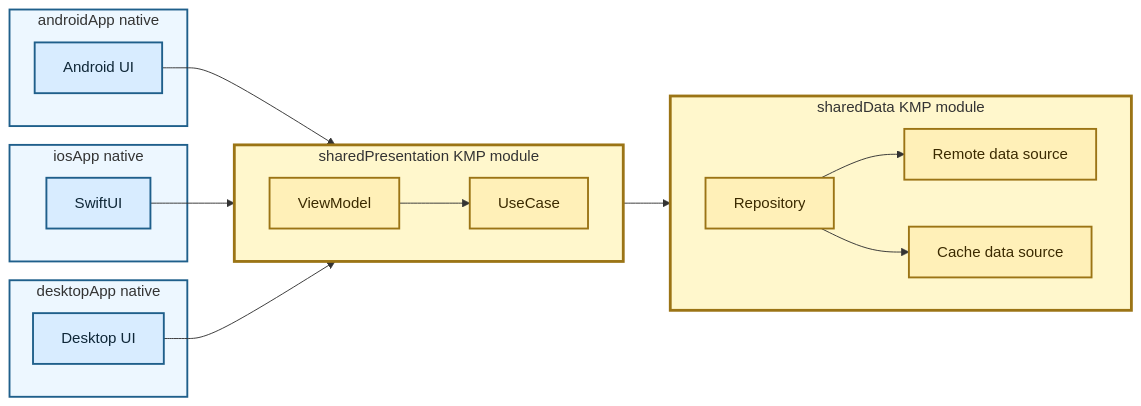
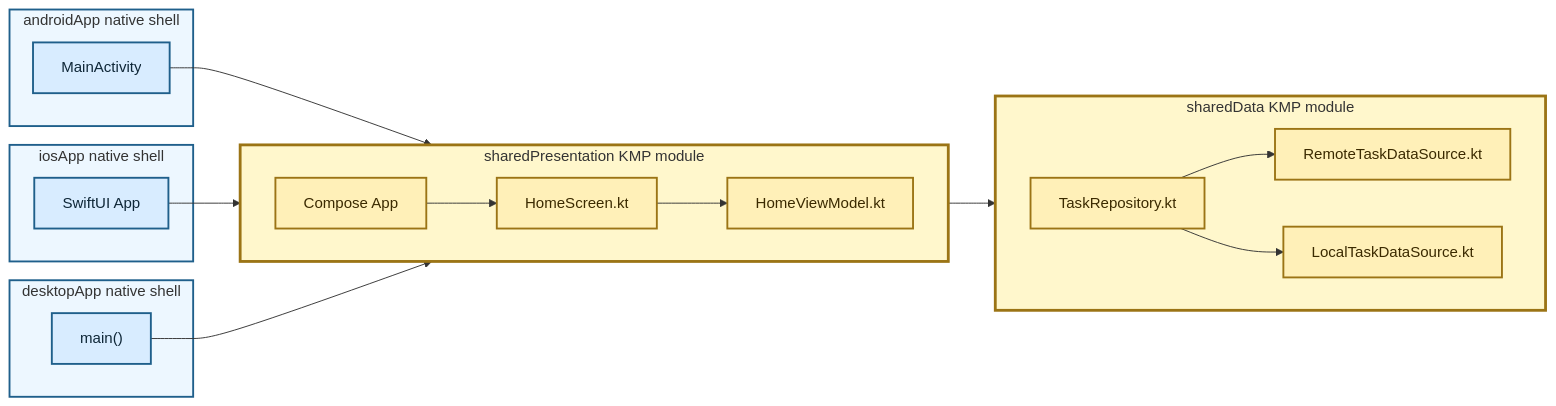
Before and after one commit to TheSetox/kmp-sample-diagrams: the diagram in diagrams/08-kmp-presentation-data-layer.md, drawn with Mermaid. The commit also changed other lines of this file and 28 other files, not shown here.

Commit message:
docs: reassess diagram layer boundaries

````diff
--- a/diagrams/08-kmp-presentation-data-layer.md
+++ b/diagrams/08-kmp-presentation-data-layer.md
@@ -5,45 +5,46 @@
 ```mermaid
 flowchart LR
-  subgraph Android["androidApp native"]
-    AndroidUI["Android UI"]
+  subgraph Android["androidApp native shell"]
+    AndroidEntry["MainActivity"]
   end
 
-  subgraph IOS["iosApp native"]
-    IOSUI["SwiftUI"]
+  subgraph IOS["iosApp native shell"]
+    IOSEntry["SwiftUI App"]
   end
 
-  subgraph Desktop["desktopApp native"]
-    DesktopUI["Desktop UI"]
+  subgraph Desktop["desktopApp native shell"]
+    DesktopEntry["main()"]
   end
 
   subgraph Presentation["sharedPresentation KMP module"]
     direction LR
-    VM["ViewModel"]
-    UseCase["UseCase"]
-    VM --> UseCase
+    App["Compose App"]
+    Screen["HomeScreen.kt"]
+    VM["HomeViewModel.kt"]
+    App --> Screen --> VM
   end
 
   subgraph Data["sharedData KMP module"]
     direction LR
-    Repository["Repository"]
-    Remote["Remote data source"]
-    Cache["Cache data source"]
+    Repository["TaskRepository.kt"]
+    Remote["RemoteTaskDataSource.kt"]
+    Cache["LocalTaskDataSource.kt"]
     Repository --> Remote
     Repository --> Cache
   end
 
-  AndroidUI --> VM
-  IOSUI --> VM
-  DesktopUI --> VM
-  UseCase --> Repository
+  AndroidEntry --> App
+  IOSEntry --> App
+  DesktopEntry --> App
+  VM --> Repository
 
   classDef app fill:#d8ecff,stroke:#1f5f8b,color:#0f2738,stroke-width:2px;
   classDef kmp fill:#fff0b8,stroke:#9b7415,color:#3b2a00,stroke-width:2px;
-  class AndroidUI,IOSUI,DesktopUI app;
-  class VM,UseCase,Repository,Remote,Cache kmp;
+  class AndroidEntry,IOSEntry,DesktopEntry app;
+  class App,Screen,VM,Repository,Remote,Cache kmp;
   style Android fill:#edf7ff,stroke:#1f5f8b,stroke-width:2px
   style IOS fill:#edf7ff,stroke:#1f5f8b,stroke-width:2px
   style Desktop fill:#edf7ff,stroke:#1f5f8b,stroke-width:2px
   style Presentation fill:#fff7cc,stroke:#9b7415,stroke-width:3px
   style Data fill:#fff7cc,stroke:#9b7415,stroke-width:3px
 ```
````
